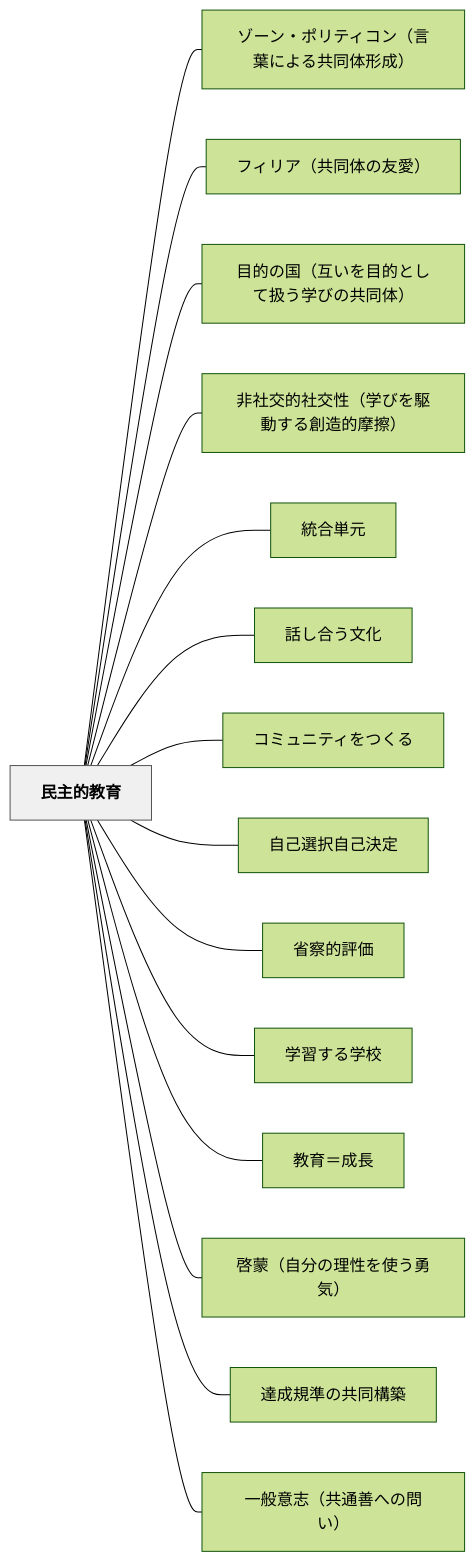
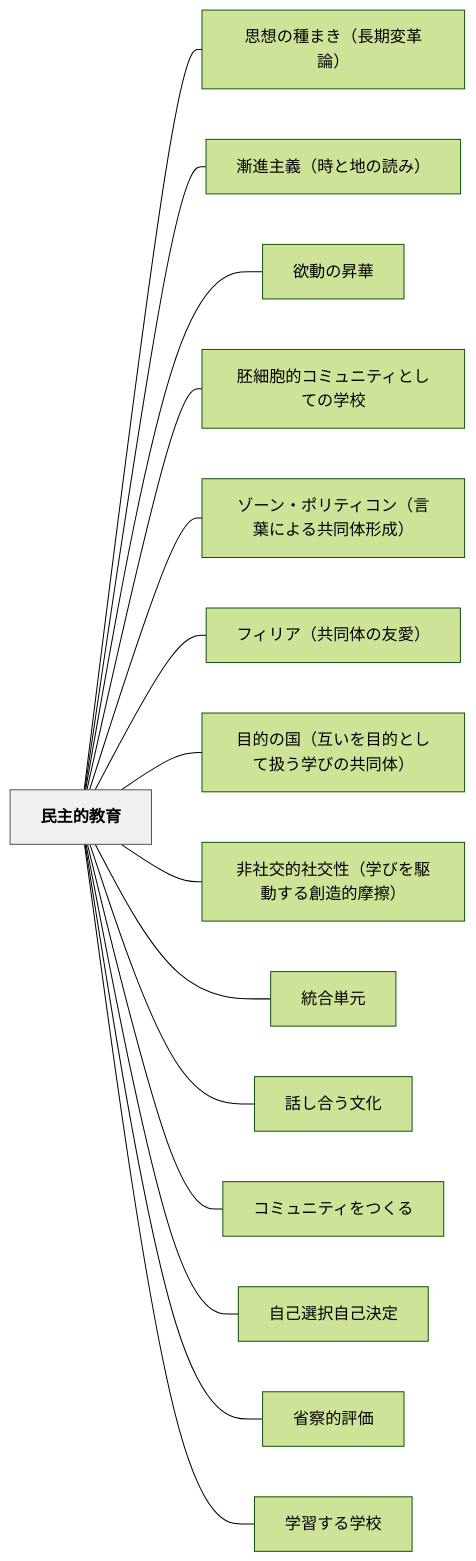
One commit to unknownthings-ed-patterns/unknownthings-ed-patterns changed the diagram in content/パタン/民主的教育.md. Above: the diagram before and after it, drawn with Mermaid (forest theme). The commit also changed other lines of this file and 185 other files, not shown here.

````diff
--- a/content/パタン/民主的教育.md
+++ b/content/パタン/民主的教育.md
@@ -243,36 +247,36 @@
 ```mermaid
 flowchart LR
     ne6b091e4b8bbe79a84e69599e882b2["民主的教育"]
+    ne6809de683b3e381aee7a8aee381bee3818defbc88e995b7e69c9fe5a489e99da9e8ab96efbc89["思想の種まき（長期変革論）"]
+    ne6bcb8e980b2e4b8bbe7bea9efbc88e69982e381a8e59cb0e381aee8aaade381bfefbc89["漸進主義（時と地の読み）"]
+    ne6acb2e58b95e381aee69887e88faf["欲動の昇華"]
+    ne8839ae7b4b0e8839ee79a84e382b3e3839fe383a5e3838be38386e382a3e381a8e38197e381a6e381aee5ada6e6a0a1["胚細胞的コミュニティとしての学校"]
     ne382bee383bce383b3e383bbe3839de383aae38386e382a3e382b3e383b3efbc88e8a880e89189e381abe38288e3828be585b1e5908ce4bd93e5bda2e68890efbc89["ゾーン・ポリティコン（言葉による共同体形成）"]
     ne38395e382a3e383aae382a2efbc88e585b1e5908ce4bd93e381aee58f8be6849befbc89["フィリア（共同体の友愛）"]
     ne79baee79a84e381aee59bbdefbc88e4ba92e38184e38292e79baee79a84e381a8e38197e381a6e689b1e38186e5ada6e381b3e381aee585b1e5908ce4bd93efbc89["目的の国（互いを目的として扱う学びの共同体）"]
     ne99d9ee7a4bee4baa4e79a84e7a4bee4baa4e680a7efbc88e5ada6e381b3e38292e9a786e58b95e38199e3828be589b5e980a0e79a84e691a9e693a6efbc89["非社交的社交性（学びを駆動する創造的摩擦）"]
     ne7b5b1e59088e58d98e58583["統合単元"]
     ne8a9b1e38197e59088e38186e69687e58c96["話し合う文化"]
     ne382b3e3839fe383a5e3838be38386e382a3e38292e381a4e3818fe3828b["コミュニティをつくる"]
     ne887aae5b7b1e981b8e68a9ee887aae5b7b1e6b1bae5ae9a["自己選択自己決定"]
     ne79c81e5af9fe79a84e8a995e4bea1["省察的評価"]
     ne5ada6e7bf92e38199e3828be5ada6e6a0a1["学習する学校"]
-    ne69599e882b2efbc9de68890e995b7["教育＝成長"]
-    ne59593e89299efbc88e887aae58886e381aee79086e680a7e38292e4bdbfe38186e58b87e6b097efbc89["啓蒙（自分の理性を使う勇気）"]
-    ne98194e68890e8a68fe6ba96e381aee585b1e5908ce6a78be7af89["達成規準の共同構築"]
-    ne4b880e888ace6848fe5bf97efbc88e585b1e9809ae59684e381b8e381aee5958fe38184efbc89["一般意志（共通善への問い）"]
 
+    ne6b091e4b8bbe79a84e69599e882b2 --- ne6809de683b3e381aee7a8aee381bee3818defbc88e995b7e69c9fe5a489e99da9e8ab96efbc89
+    ne6b091e4b8bbe79a84e69599e882b2 --- ne6bcb8e980b2e4b8bbe7bea9efbc88e69982e381a8e59cb0e381aee8aaade381bfefbc89
+    ne6b091e4b8bbe79a84e69599e882b2 --- ne6acb2e58b95e381aee69887e88faf
+    ne6b091e4b8bbe79a84e69599e882b2 --- ne8839ae7b4b0e8839ee79a84e382b3e3839fe383a5e3838be38386e382a3e381a8e38197e381a6e381aee5ada6e6a0a1
     ne6b091e4b8bbe79a84e69599e882b2 --- ne382bee383bce383b3e383bbe3839de383aae38386e382a3e382b3e383b3efbc88e8a880e89189e381abe38288e3828be585b1e5908ce4bd93e5bda2e68890efbc89
     ne6b091e4b8bbe79a84e69599e882b2 --- ne38395e382a3e383aae382a2efbc88e585b1e5908ce4bd93e381aee58f8be6849befbc89
     ne6b091e4b8bbe79a84e69599e882b2 --- ne79baee79a84e381aee59bbdefbc88e4ba92e38184e38292e79baee79a84e381a8e38197e381a6e689b1e38186e5ada6e381b3e381aee585b1e5908ce4bd93efbc89
     ne6b091e4b8bbe79a84e69599e882b2 --- ne99d9ee7a4bee4baa4e79a84e7a4bee4baa4e680a7efbc88e5ada6e381b3e38292e9a786e58b95e38199e3828be589b5e980a0e79a84e691a9e693a6efbc89
     ne6b091e4b8bbe79a84e69599e882b2 --- ne7b5b1e59088e58d98e58583
     ne6b091e4b8bbe79a84e69599e882b2 --- ne8a9b1e38197e59088e38186e69687e58c96
     ne6b091e4b8bbe79a84e69599e882b2 --- ne382b3e3839fe383a5e3838be38386e382a3e38292e381a4e3818fe3828b
     ne6b091e4b8bbe79a84e69599e882b2 --- ne887aae5b7b1e981b8e68a9ee887aae5b7b1e6b1bae5ae9a
     ne6b091e4b8bbe79a84e69599e882b2 --- ne79c81e5af9fe79a84e8a995e4bea1
     ne6b091e4b8bbe79a84e69599e882b2 --- ne5ada6e7bf92e38199e3828be5ada6e6a0a1
-    ne6b091e4b8bbe79a84e69599e882b2 --- ne69599e882b2efbc9de68890e995b7
-    ne6b091e4b8bbe79a84e69599e882b2 --- ne59593e89299efbc88e887aae58886e381aee79086e680a7e38292e4bdbfe38186e58b87e6b097efbc89
-    ne6b091e4b8bbe79a84e69599e882b2 --- ne98194e68890e8a68fe6ba96e381aee585b1e5908ce6a78be7af89
-    ne6b091e4b8bbe79a84e69599e882b2 --- ne4b880e888ace6848fe5bf97efbc88e585b1e9809ae59684e381b8e381aee5958fe38184efbc89
 
     classDef hub fill:#f0f0f0,stroke:#555,color:#000,font-weight:bold
     class ne6b091e4b8bbe79a84e69599e882b2 hub
 ```
````
